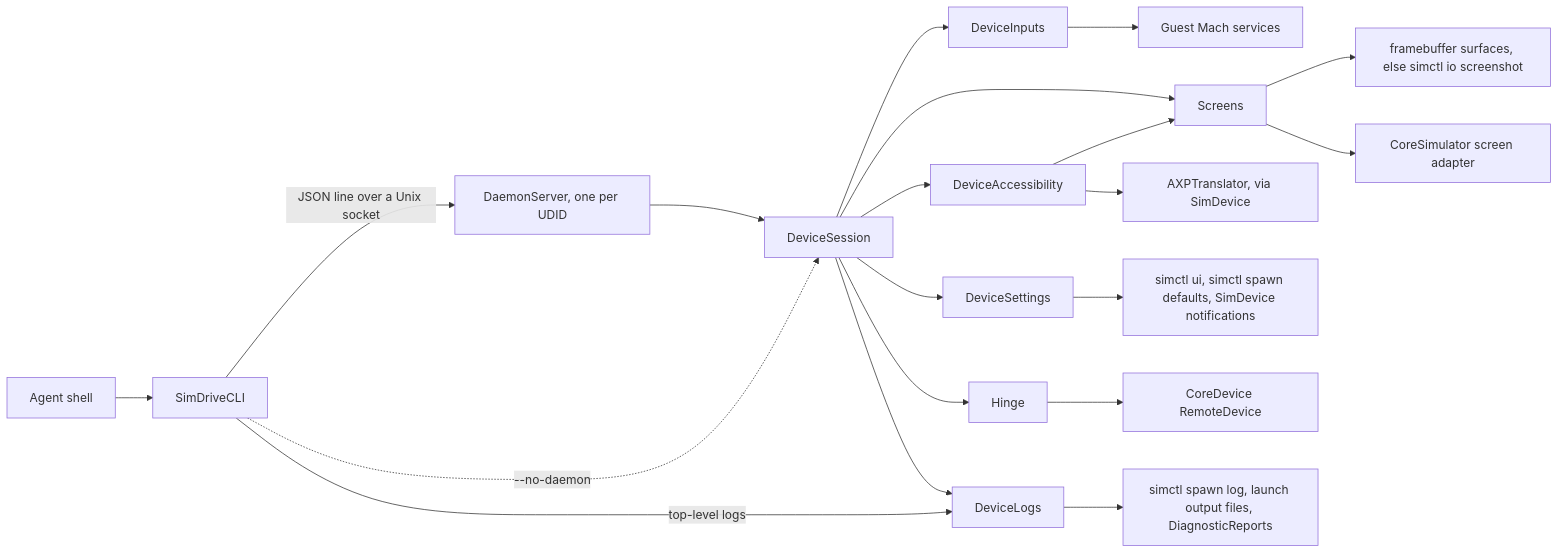
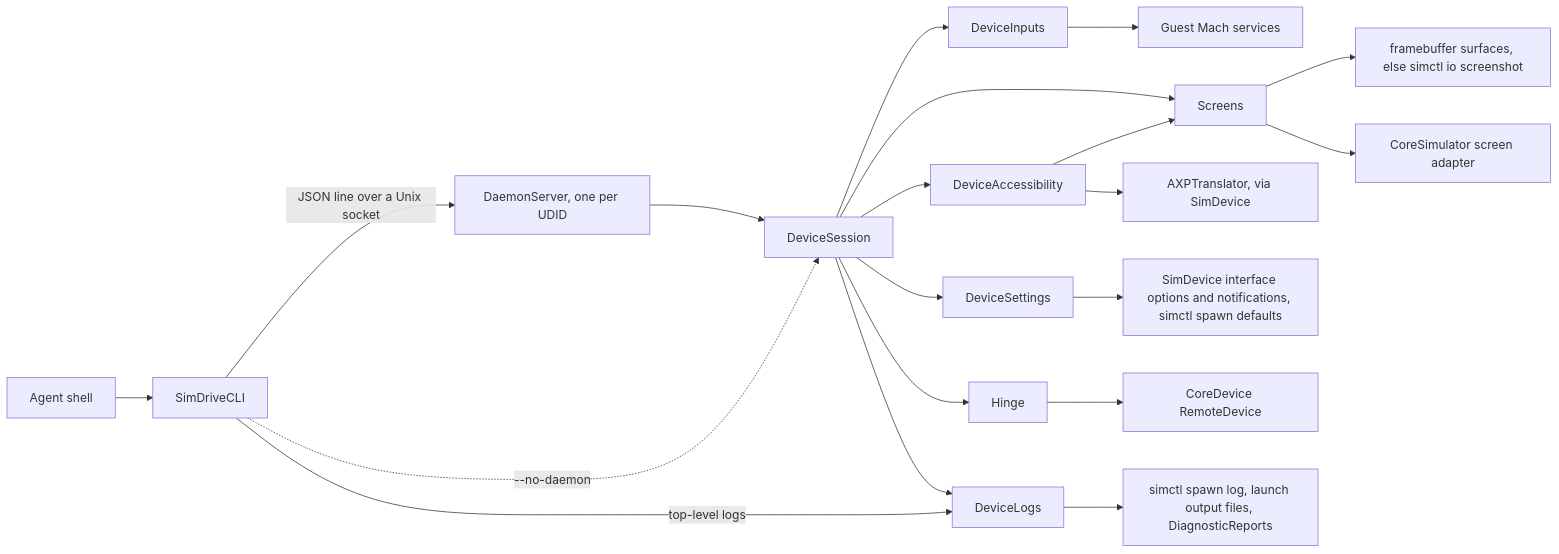
Before and after one commit to gbanfalvi/app-simdrive: the diagram in docs/architecture.md, drawn with Mermaid. The commit also changed other lines of this file and 10 other files, not shown here.

````diff
--- a/docs/architecture.md
+++ b/docs/architecture.md
@@ -44,22 +44,22 @@
 ```mermaid
 flowchart LR
   Shell["Agent shell"] --> CLI["SimDriveCLI"]
   CLI -->|"JSON line over a Unix socket"| Daemon["DaemonServer, one per UDID"]
   CLI -.->|"--no-daemon"| Session
   CLI -->|"top-level logs"| Logs
   Daemon --> Session["DeviceSession"]
   Session --> Inputs["DeviceInputs"]
   Session --> Screens["Screens"]
   Session --> AX["DeviceAccessibility"]
   Session --> Settings["DeviceSettings"]
   Session --> Hinge["Hinge"]
   Session --> Logs["DeviceLogs"]
   Logs --> LogTool["simctl spawn log, launch output files, DiagnosticReports"]
   AX --> Screens
   Inputs --> Guest["Guest Mach services"]
   Screens --> Simctl["framebuffer surfaces, else simctl io screenshot"]
   Screens --> Adapter["CoreSimulator screen adapter"]
   Hinge --> CoreDevice["CoreDevice RemoteDevice"]
   AX --> Translator["AXPTranslator, via SimDevice"]
-  Settings --> Spawn["simctl ui, simctl spawn defaults, SimDevice notifications"]
+  Settings --> Spawn["SimDevice interface options and notifications, simctl spawn defaults"]
 ```
````
